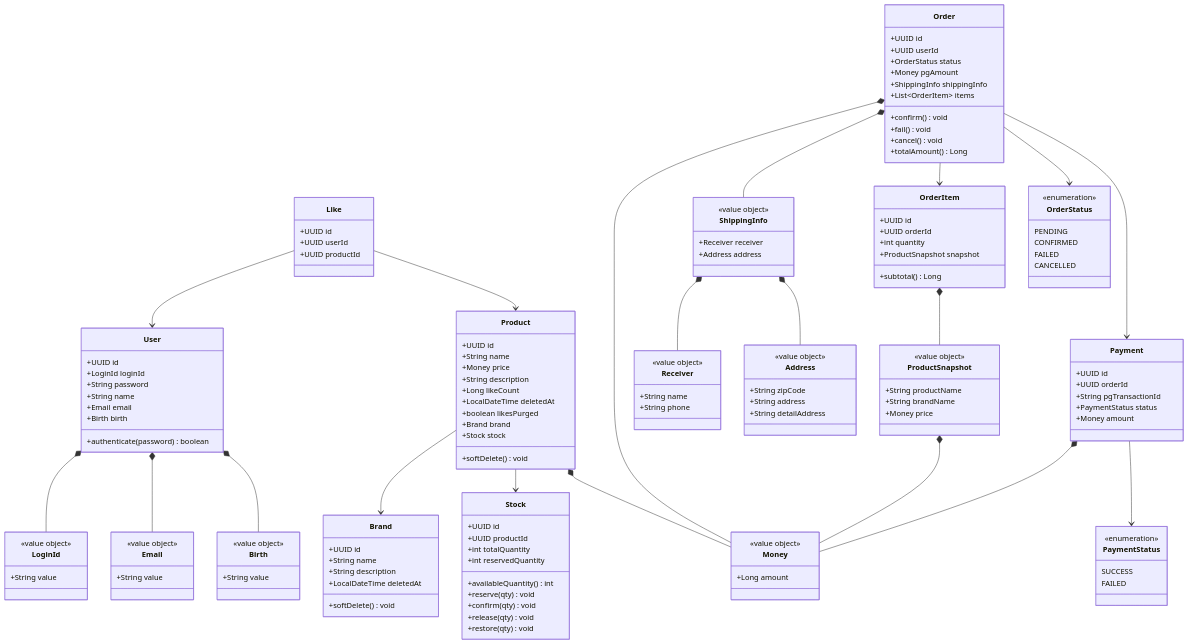
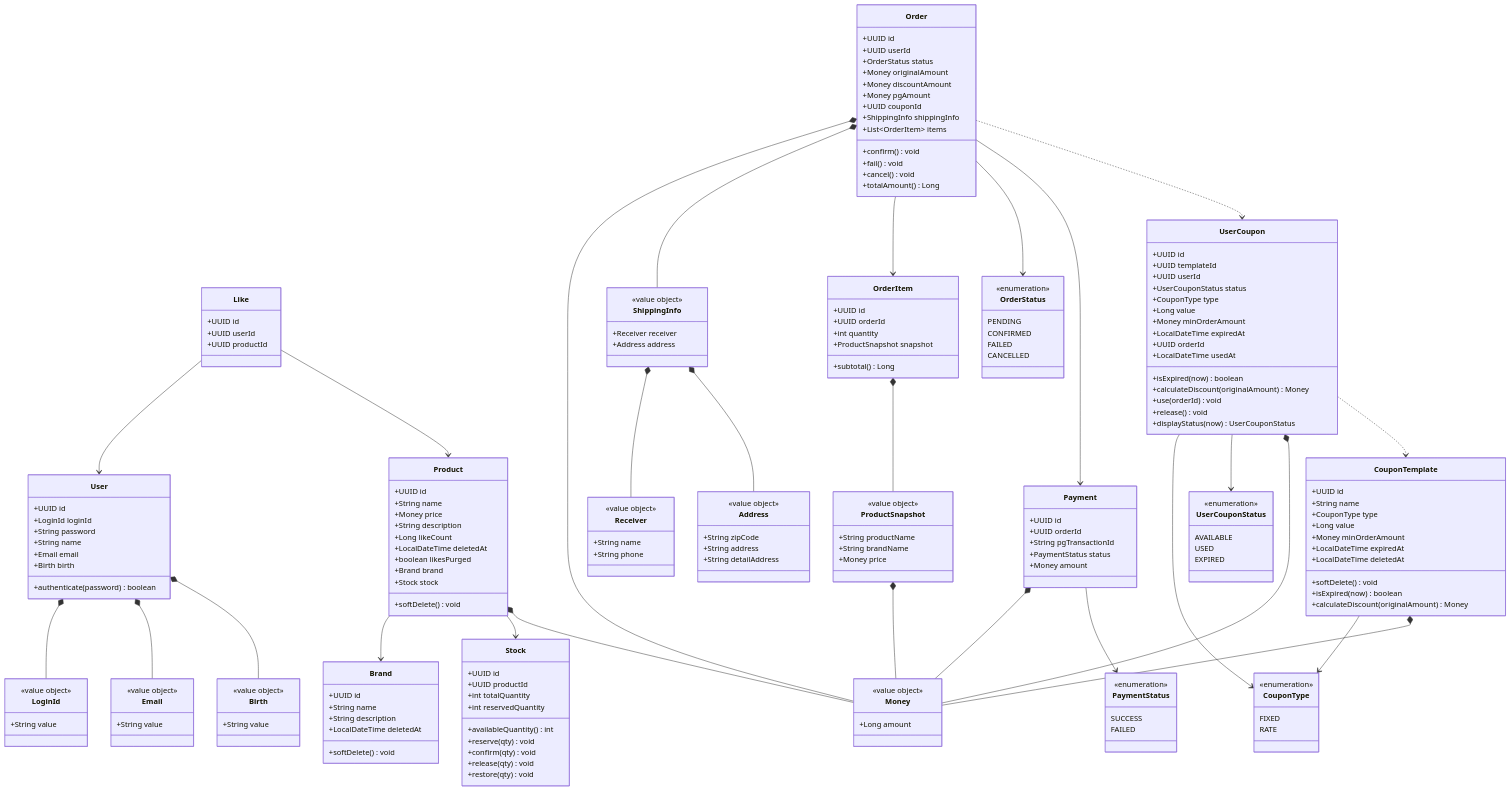
One commit to loopers-labs/loop-pack-be-l2-vol4-java changed the diagram in .docs/design/03-class-diagram.md. Above: the diagram before and after it, drawn with Mermaid. The commit also changed other lines of this file and 32 other files, not shown here.

````diff
--- a/.docs/design/03-class-diagram.md
+++ b/.docs/design/03-class-diagram.md
@@ -81,7 +81,10 @@
         +UUID id
         +UUID userId
         +OrderStatus status
+        +Money originalAmount
+        +Money discountAmount
         +Money pgAmount
+        +UUID couponId
         +ShippingInfo shippingInfo
         +List~OrderItem~ items
         +confirm() void
@@ -138,6 +141,50 @@
         FAILED
     }
 
+    class CouponTemplate {
+        +UUID id
+        +String name
+        +CouponType type
+        +Long value
+        +Money minOrderAmount
+        +LocalDateTime expiredAt
+        +LocalDateTime deletedAt
+        +softDelete() void
+        +isExpired(now) boolean
+        +calculateDiscount(originalAmount) Money
+    }
+
+    class UserCoupon {
+        +UUID id
+        +UUID templateId
+        +UUID userId
+        +UserCouponStatus status
+        +CouponType type
+        +Long value
+        +Money minOrderAmount
+        +LocalDateTime expiredAt
+        +UUID orderId
+        +LocalDateTime usedAt
+        +isExpired(now) boolean
+        +calculateDiscount(originalAmount) Money
+        +use(orderId) void
+        +release() void
+        +displayStatus(now) UserCouponStatus
+    }
+
+    class CouponType {
+        <<enumeration>>
+        FIXED
+        RATE
+    }
+
+    class UserCouponStatus {
+        <<enumeration>>
+        AVAILABLE
+        USED
+        EXPIRED
+    }
+
     class OrderStatus {
         <<enumeration>>
         PENDING
@@ -165,4 +212,11 @@
     Payment --> PaymentStatus
     Like --> User
     Like --> Product
+    CouponTemplate --> CouponType
+    CouponTemplate *-- Money
+    UserCoupon --> CouponType
+    UserCoupon --> UserCouponStatus
+    UserCoupon *-- Money
+    UserCoupon ..> CouponTemplate
+    Order ..> UserCoupon
 ```
````
